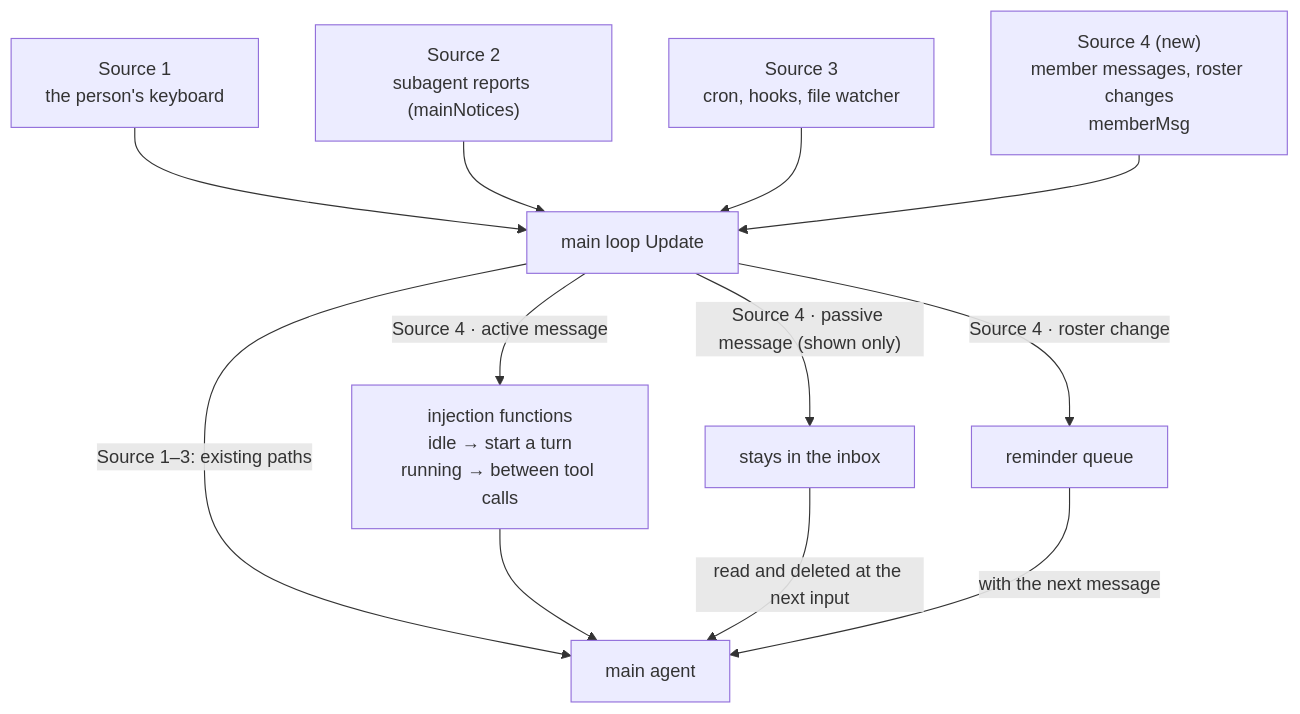
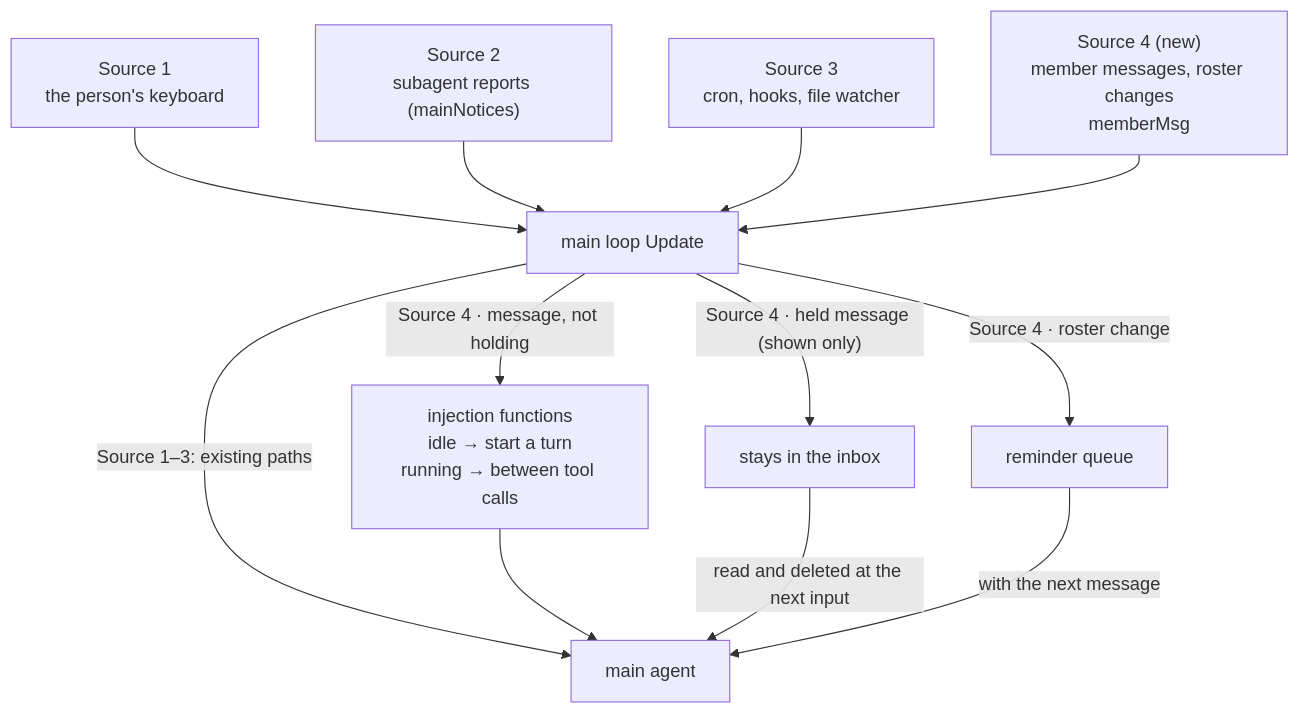
The fifth of 5 diagrams in docs/design/proposals/0003-session-groups.md (genai-io/san), drawn with Mermaid before and after one commit. The commit also changed other lines of this file and 16 other files, not shown here.

First line of the commit message:
refactor(group): one hold switch instead of active/passive modes

````diff
--- a/docs/design/proposals/0003-session-groups.md
+++ b/docs/design/proposals/0003-session-groups.md
@@ -489,11 +497,11 @@
 ```mermaid
 flowchart TB
     S1["Source 1<br/>the person's keyboard"] --> U
     S2["Source 2<br/>subagent reports (mainNotices)"] --> U
     S3["Source 3<br/>cron, hooks, file watcher"] --> U
     S4["Source 4 (new)<br/>member messages, roster changes<br/>memberMsg"] --> U
     U["main loop Update"] -->|"Source 1–3: existing paths"| A["main agent"]
-    U -->|"Source 4 · active message"| I["injection functions<br/>idle → start a turn<br/>running → between tool calls"] --> A
-    U -->|"Source 4 · passive message (shown only)"| IB["stays in the inbox"] -->|read and deleted at the next input| A
+    U -->|"Source 4 · message, not holding"| I["injection functions<br/>idle → start a turn<br/>running → between tool calls"] --> A
+    U -->|"Source 4 · held message (shown only)"| IB["stays in the inbox"] -->|read and deleted at the next input| A
     U -->|"Source 4 · roster change"| Q["reminder queue"] -->|with the next message| A
 ```
````
